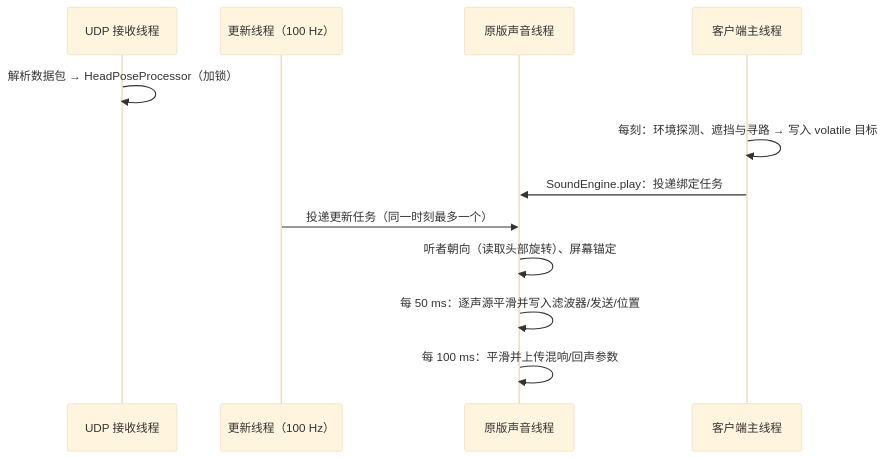
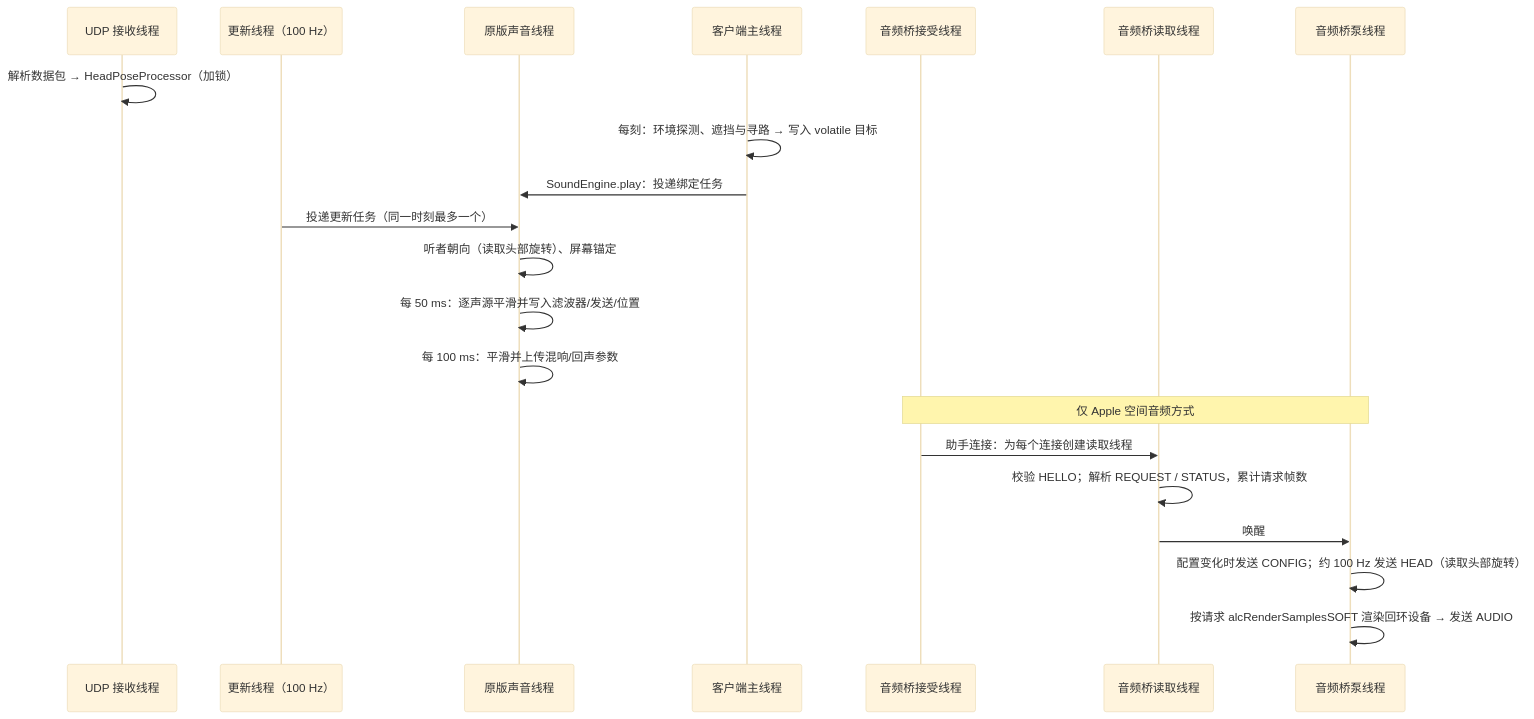
The diagram in wiki/Architecture.md (obsidianplusplus/SpatialAudio), drawn with Mermaid (base theme) before and after one commit. The commit also changed other lines of this file and 19 other files, not shown here.

First line of the commit message:
Document the Apple Spatial Audio renderer option

````diff
--- a/wiki/Architecture.md
+++ b/wiki/Architecture.md
@@ -63,14 +96,23 @@
 ```mermaid
 sequenceDiagram
     participant UDP as UDP 接收线程
     participant UPD as 更新线程（100 Hz）
     participant SND as 原版声音线程
     participant MAIN as 客户端主线程
+    participant ACC as 音频桥接受线程
+    participant RD as 音频桥读取线程
+    participant PUMP as 音频桥泵线程
     UDP->>UDP: 解析数据包 → HeadPoseProcessor（加锁）
     MAIN->>MAIN: 每刻：环境探测、遮挡与寻路 → 写入 volatile 目标
     MAIN->>SND: SoundEngine.play：投递绑定任务
     UPD->>SND: 投递更新任务（同一时刻最多一个）
     SND->>SND: 听者朝向（读取头部旋转）、屏幕锚定
     SND->>SND: 每 50 ms：逐声源平滑并写入滤波器/发送/位置
     SND->>SND: 每 100 ms：平滑并上传混响/回声参数
+    Note over ACC,PUMP: 仅 Apple 空间音频方式
+    ACC->>RD: 助手连接：为每个连接创建读取线程
+    RD->>RD: 校验 HELLO；解析 REQUEST / STATUS，累计请求帧数
+    RD->>PUMP: 唤醒
+    PUMP->>PUMP: 配置变化时发送 CONFIG；约 100 Hz 发送 HEAD（读取头部旋转）
+    PUMP->>PUMP: 按请求 alcRenderSamplesSOFT 渲染回环设备 → 发送 AUDIO
 ```
````
